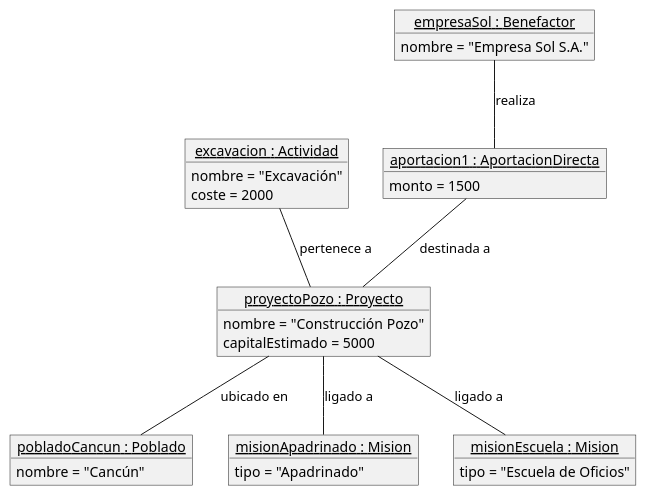
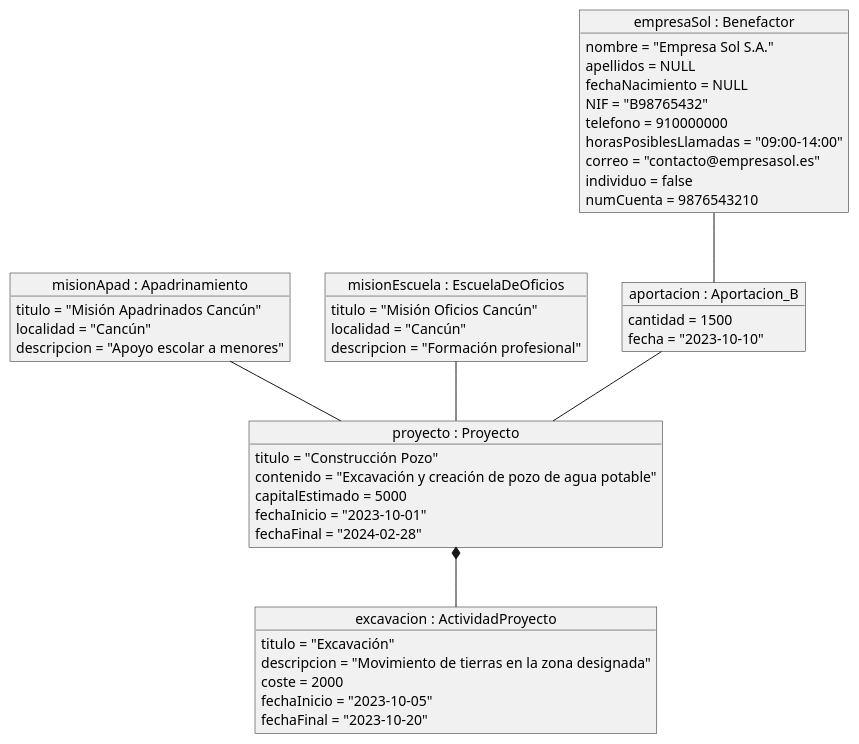
The diagram in escenarios/escenario3.puml (albporfer1-64/Grupo_Proyecto_DB), drawn with PlantUML before and after one commit.

Commit message:
Completa clases de escenario3.puml

```diff
--- a/escenarios/escenario3.puml
+++ b/escenarios/escenario3.puml
@@ -1,38 +1,47 @@
 @startuml
-object "<u>proyectoPozo : Proyecto</u>" as proyectoPozo {
-  nombre = "Construcción Pozo"
+object "proyecto : Proyecto" as proyecto {
+  titulo = "Construcción Pozo"
+  contenido = "Excavación y creación de pozo de agua potable"
   capitalEstimado = 5000
+  fechaInicio = "2023-10-01"
+  fechaFinal = "2024-02-28"
+}
+object "excavacion : ActividadProyecto" as excavacion {
+  titulo = "Excavación"
+  descripcion = "Movimiento de tierras en la zona designada"
+  coste = 2000
+  fechaInicio = "2023-10-05"
+  fechaFinal = "2023-10-20"
+}
+object "misionApad : Apadrinamiento" as misionApad {
+  titulo = "Misión Apadrinados Cancún"
+  localidad = "Cancún"
+  descripcion = "Apoyo escolar a menores"
+}
+object "misionEscuela : EscuelaDeOficios" as misionEscuela {
+  titulo = "Misión Oficios Cancún"
+  localidad = "Cancún"
+  descripcion = "Formación profesional"
+}
+object "empresaSol : Benefactor" as empresaSol {
+  nombre = "Empresa Sol S.A."
+  apellidos = NULL
+  fechaNacimiento = NULL
+  NIF = "B98765432"
+  telefono = 910000000
+  horasPosiblesLlamadas = "09:00-14:00"
+  correo = "contacto@empresasol.es"
+  individuo = false
+  numCuenta = 9876543210
+}
+object "aportacion : Aportacion_B" as aportacion {
+  cantidad = 1500
+  fecha = "2023-10-10"
 }
 
-object "<u>pobladoCancun : Poblado</u>" as pobladoCancun {
-  nombre = "Cancún"
-}
-
-object "<u>misionApadrinado : Mision</u>" as misionApadrinado {
-  tipo = "Apadrinado"
-}
-
-object "<u>misionEscuela : Mision</u>" as misionEscuela {
-  tipo = "Escuela de Oficios"
-}
-
-object "<u>excavacion : Actividad</u>" as excavacion {
-  nombre = "Excavación"
-  coste = 2000
-}
-
-object "<u>empresaSol : Benefactor</u>" as empresaSol {
-  nombre = "Empresa Sol S.A."
-}
-
-object "<u>aportacion1 : AportacionDirecta</u>" as aportacion1 {
-  monto = 1500
-}
-
-proyectoPozo -- pobladoCancun : ubicado en
-proyectoPozo -- misionApadrinado : ligado a
-proyectoPozo -- misionEscuela : ligado a
-excavacion -- proyectoPozo : pertenece a
-empresaSol -- aportacion1 : realiza
-aportacion1 -- proyectoPozo : destinada a
+proyecto *-- excavacion
+misionApad -- proyecto
+misionEscuela -- proyecto
+empresaSol -- aportacion
+aportacion -- proyecto
 @enduml
```
